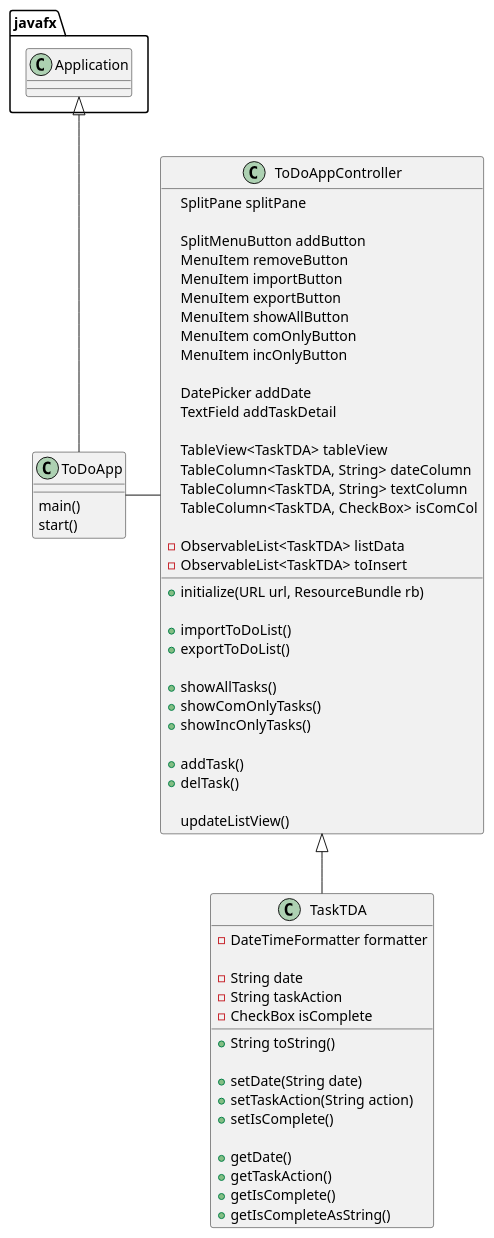
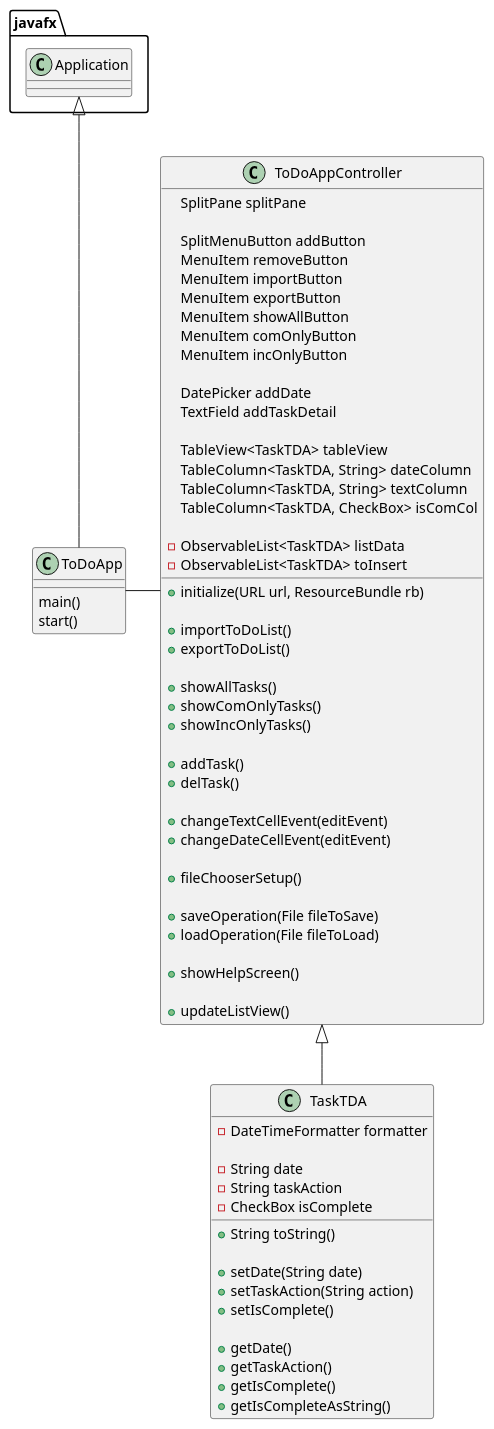
Before and after one commit to Sonxaj/turner-cop3330-assignment4part2: the diagram in uml/ToDoApp.puml, drawn with PlantUML.

Commit message:
Updated UML

```diff
--- a/uml/ToDoApp.puml
+++ b/uml/ToDoApp.puml
@@ -1,74 +1,84 @@
 @startuml
 
 class ToDoApp{
     main()
     start()
 }
 
 class ToDoAppController{
 
     SplitPane splitPane
 
     SplitMenuButton addButton
     MenuItem removeButton
     MenuItem importButton
     MenuItem exportButton
     MenuItem showAllButton
     MenuItem comOnlyButton
     MenuItem incOnlyButton
 
     DatePicker addDate
     TextField addTaskDetail
 
     TableView<TaskTDA> tableView
     TableColumn<TaskTDA, String> dateColumn
     TableColumn<TaskTDA, String> textColumn
     TableColumn<TaskTDA, CheckBox> isComCol
 
     -ObservableList<TaskTDA> listData
     -ObservableList<TaskTDA> toInsert
 
     +initialize(URL url, ResourceBundle rb)
 
     +importToDoList()
     +exportToDoList()
 
     +showAllTasks()
     +showComOnlyTasks()
     +showIncOnlyTasks()
 
     +addTask()
     +delTask()
 
-    updateListView()
+    +changeTextCellEvent(editEvent)
+    +changeDateCellEvent(editEvent)
+
+    +fileChooserSetup()
+
+    +saveOperation(File fileToSave)
+    +loadOperation(File fileToLoad)
+
+    +showHelpScreen()
+
+    +updateListView()
 }
 
 
 class TaskTDA{
 
     -DateTimeFormatter formatter
 
     -String date
     -String taskAction
     -CheckBox isComplete
 
     +String toString()
 
     +setDate(String date)
     +setTaskAction(String action)
     +setIsComplete()
 
     +getDate()
     +getTaskAction()
     +getIsComplete()
     +getIsCompleteAsString()
 }
 
 javafx.Application <|-- ToDoApp
 
 ToDoApp - ToDoAppController
 
 ToDoAppController <|-- TaskTDA
 
 
 @enduml
```
